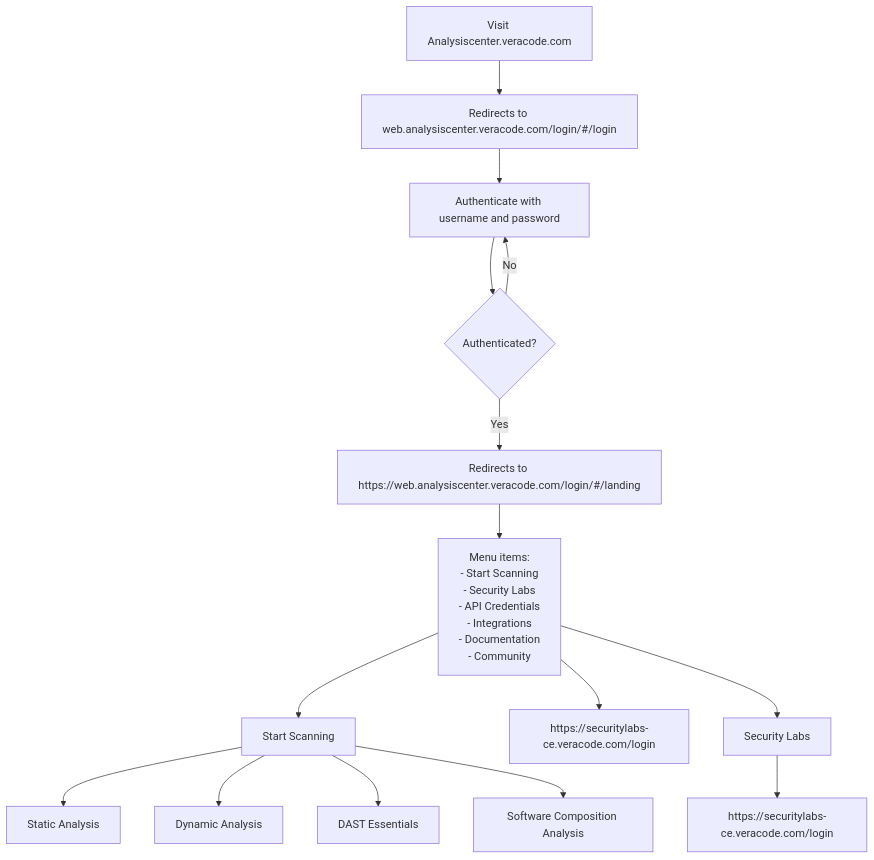
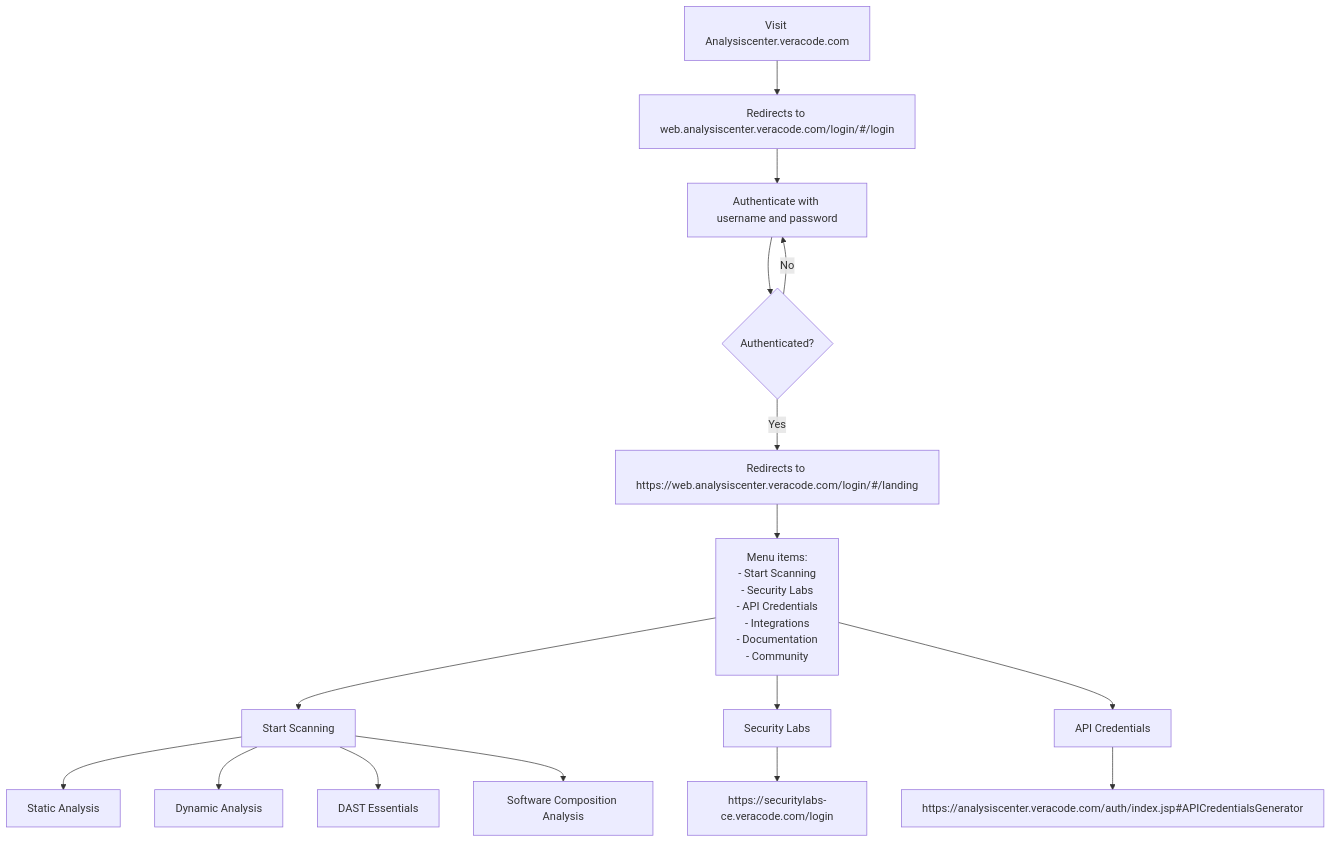
The diagram in README.md (ramu318535/testforme), drawn with Mermaid before and after one commit.

````diff
--- a/README.md
+++ b/README.md
@@ -1,17 +1,18 @@
 ```mermaid 
 graph TD;
     A[Visit Analysiscenter.veracode.com] --> B[Redirects to web.analysiscenter.veracode.com/login/#/login];
     B --> C[Authenticate with username and password];
     C --> D{Authenticated?};
     D -->|Yes| E[Redirects to https://web.analysiscenter.veracode.com/login/#/landing];
     D -->|No| C;
     E --> F[Menu items: <br> - Start Scanning <br> - Security Labs <br> - API Credentials <br> - Integrations <br> - Documentation <br> - Community];
     F --> G[Start Scanning];
     G --> H[Static Analysis];
     G --> I[Dynamic Analysis];
     G --> J[DAST Essentials];
     G --> K[Software Composition Analysis];
-    F --> L[https://securitylabs-ce.veracode.com/login];
     F --> M[Security Labs];
     M --> N[https://securitylabs-ce.veracode.com/login];
+    F --> O[API Credentials];
+    O --> P[https://analysiscenter.veracode.com/auth/index.jsp#APICredentialsGenerator];
 ```
````
